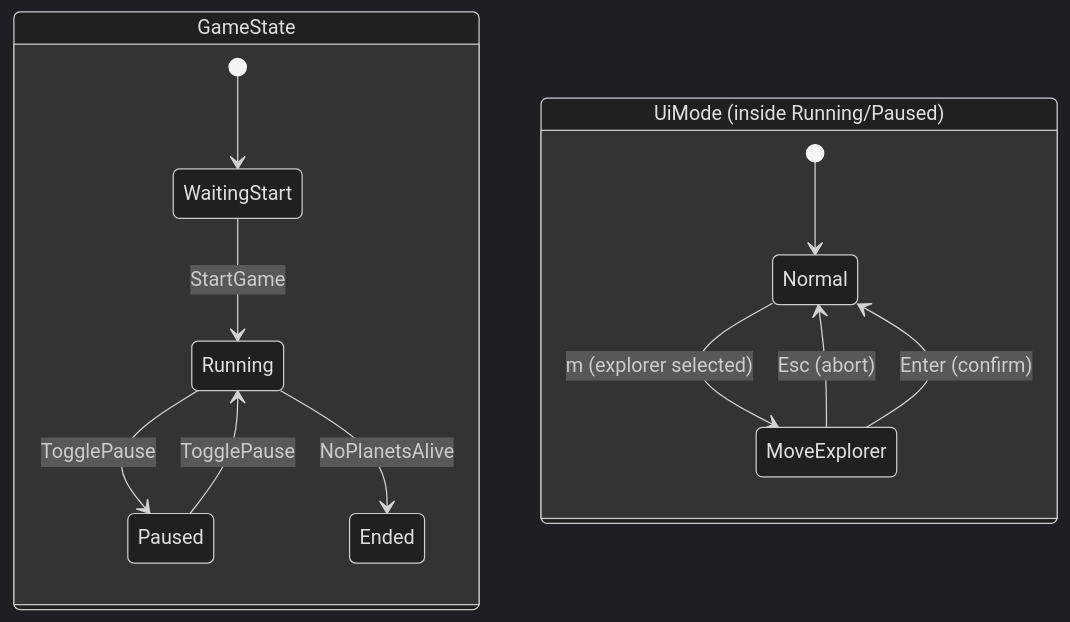
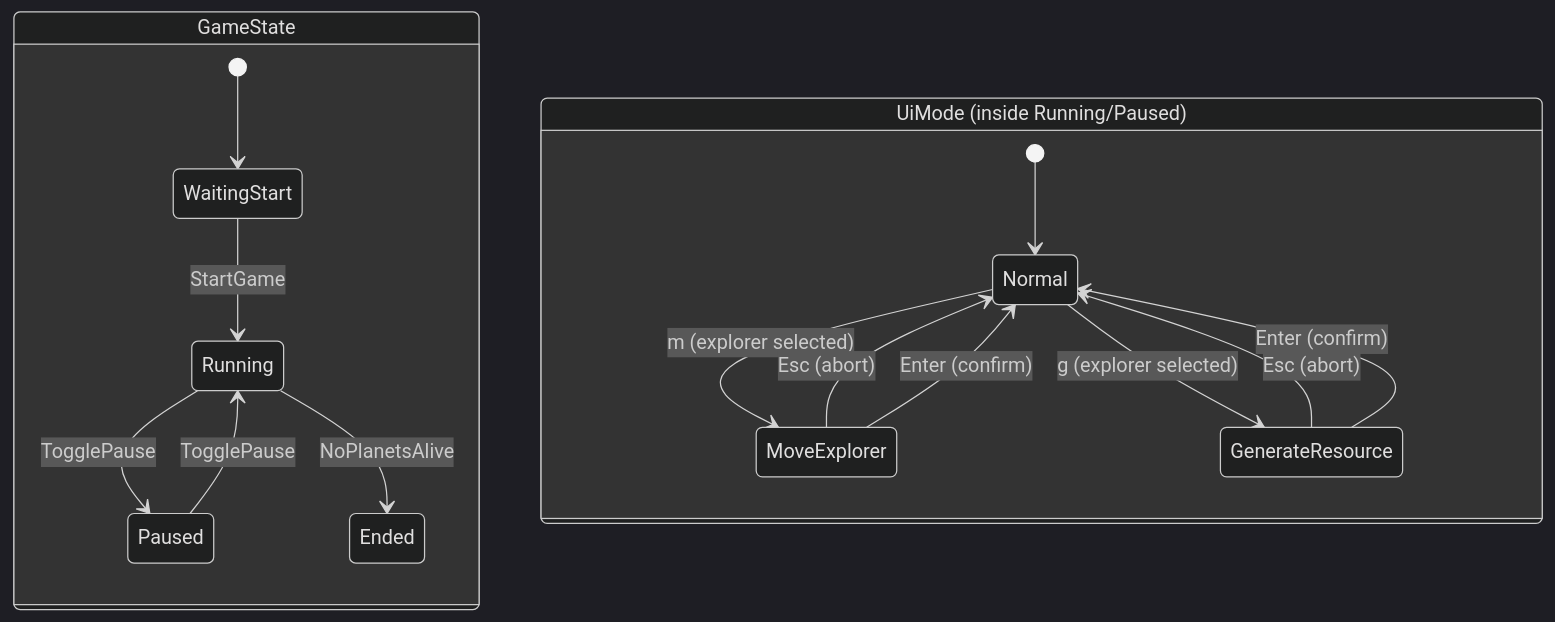
The second of 2 diagrams in README.md (Advance-Programming-2025/ratatui-gui), drawn with Mermaid (dark theme) before and after one commit. The commit also changed other lines of this file and 9 other files, not shown here.

Commit message:
first implementation generate resource

````diff
--- a/README.md
+++ b/README.md
@@ -43,17 +43,20 @@
 ```mermaid
 stateDiagram-v2
   state "GameState" as GS {
     [*] --> WaitingStart
     WaitingStart --> Running: StartGame
     Running --> Paused: TogglePause
     Paused --> Running: TogglePause
     Running --> Ended: NoPlanetsAlive
   }
 
   state "UiMode (inside Running/Paused)" as UM {
     [*] --> Normal
     Normal --> MoveExplorer: m (explorer selected)
+    Normal --> GenerateResource: g (explorer selected)
     MoveExplorer --> Normal: Esc (abort)
     MoveExplorer --> Normal: Enter (confirm)
+    GenerateResource --> Normal: Esc (abort)
+    GenerateResource --> Normal: Enter (confirm)
   }
 ```
````
